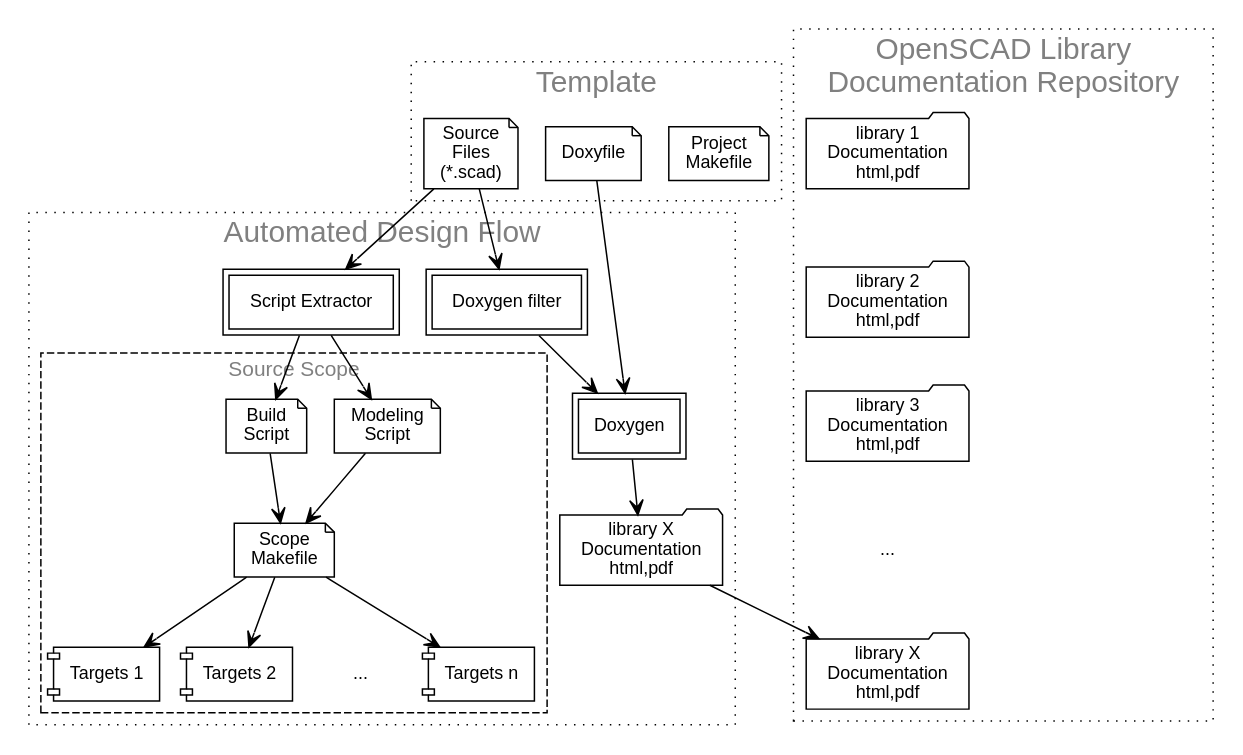
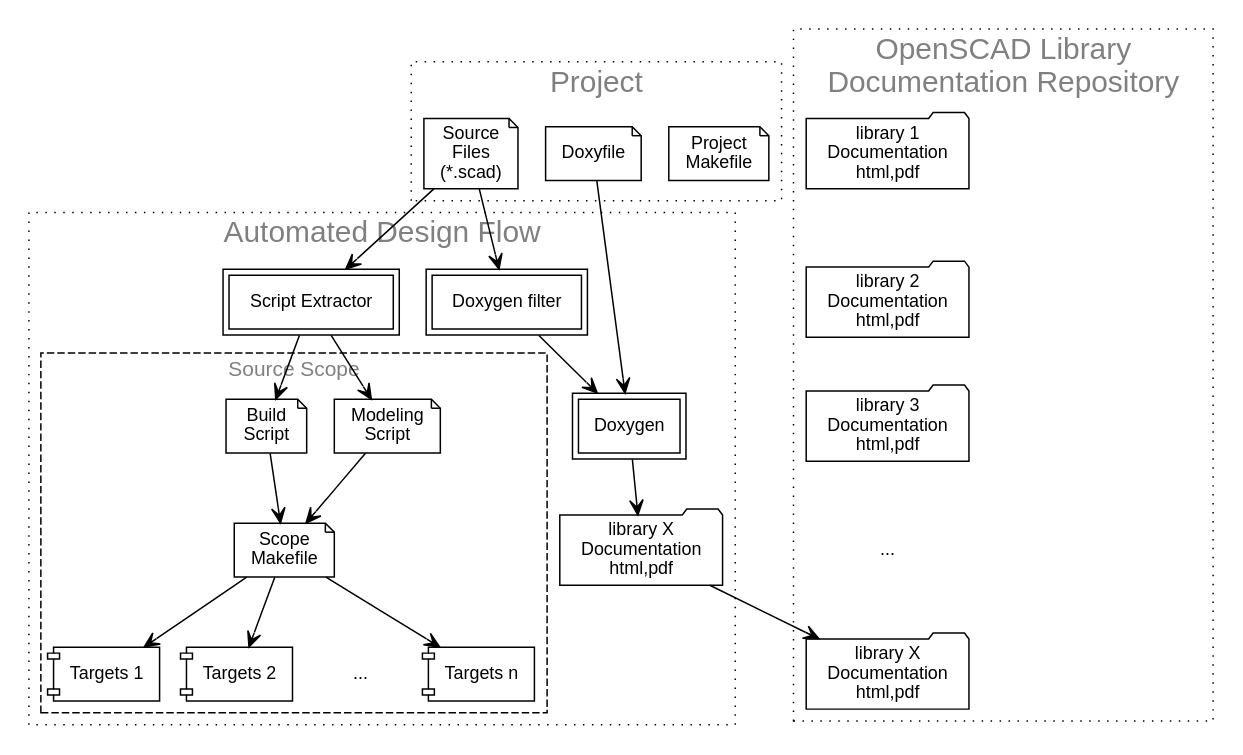
The diagram in docs/assets/flow.dot (royasutton/openscad-amu), drawn with Graphviz before and after one commit. The commit also changed 3 other files, not shown here.

```diff
--- a/docs/assets/flow.dot
+++ b/docs/assets/flow.dot
@@ -1,60 +1,60 @@
 digraph example {
 
   graph[fontname=Helvetica, fontsize=20, fontcolor=gray, style=dotted];
   node [fontname=Helvetica, fontsize=12];
   edge [arrowhead=vee];
 
   subgraph cluster_template {
-    label="Template";
+    label="Project";
 
     a1 [shape=note label="Project\nMakefile"];
     a2 [shape=note label="Source\nFiles\n(*.scad)"];
     a3 [shape=note label="Doxyfile"];
 
     { rank=same; a1; a2; a3; }
   }
 
   subgraph cluster_flow {
     label="Automated Design Flow";
 
     b  [shape=box peripheries=2 label="Script Extractor"];
     g  [shape=box peripheries=2 label="Doxygen filter"];
     h  [shape=box peripheries=2 label="Doxygen"];
     i  [shape=folder label="library X\nDocumentation\nhtml,pdf"];
 
     subgraph cluster_scope {
     graph[fontsize=14, style=dashed];
     label="Source Scope";
 
       c  [shape=note label="Modeling\nScript"];
       d  [shape=note label="Build\nScript"];
       e  [shape=note label="Scope\nMakefile"];
       f1 [shape=component label="Targets 1"];
       f2 [shape=component label="Targets 2"];
       f3 [shape=none label="..."];
       fn [shape=component label="Targets n"];
 
       c->e; d->e;
       e->f1; e->f2; e->f3 [style=invis]; e->fn;
     }
 
     b->{c d};
     g->h; h->i;
   }
 
   subgraph cluster_docrepo {
     label="OpenSCAD Library\nDocumentation Repository";
 
     edge [style=invis];
     d1 [shape=folder label="library 1\nDocumentation\nhtml,pdf"];
     d2 [shape=folder label="library 2\nDocumentation\nhtml,pdf"];
     d3 [shape=folder label="library 3\nDocumentation\nhtml,pdf"];
     d4 [shape=none   label="..."];
     d5 [shape=folder label="library X\nDocumentation\nhtml,pdf"];
     d1->d2->d3->d4->d5;
   }
 
   a2->{b g};
   a3->h;
   i->d5;
 }
```
